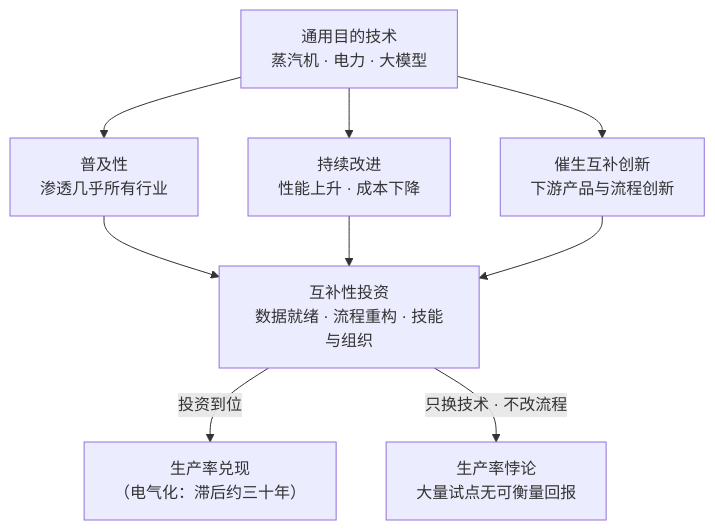
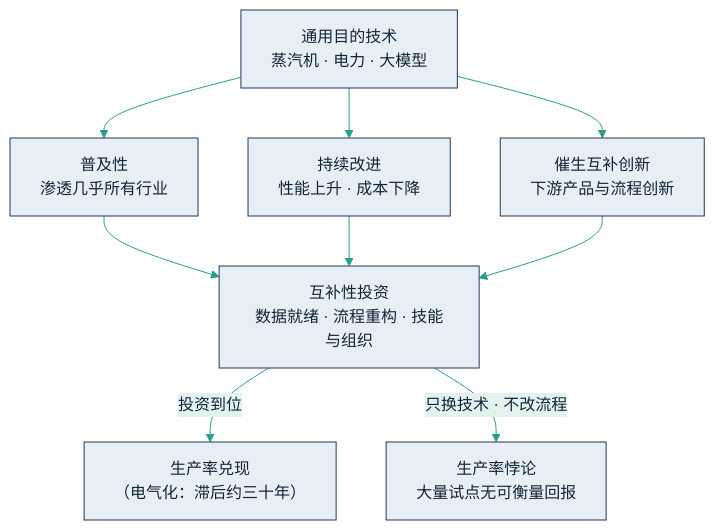
The diagram in 01_essence/1.2_llm_base.md (yeasy/ai_for_business_school), drawn with Mermaid before and after one commit. The commit also changed 56 other files, not shown here.

````diff
--- a/01_essence/1.2_llm_base.md
+++ b/01_essence/1.2_llm_base.md
@@ -22,11 +22,12 @@
 ```mermaid
+%%{init: {"theme":"base","themeVariables":{"primaryColor":"#e8eef5","primaryBorderColor":"#1f3b5c","primaryTextColor":"#12263a","secondaryColor":"#e3f2ef","tertiaryColor":"#f7ecd4","lineColor":"#2a9d8f","fontFamily":"PingFang SC,Hiragino Sans GB,Microsoft YaHei,sans-serif"}}}%%
 flowchart TD
     G["通用目的技术</br>蒸汽机 · 电力 · 大模型"] --> F1["普及性</br>渗透几乎所有行业"]
     G --> F2["持续改进</br>性能上升 · 成本下降"]
     G --> F3["催生互补创新</br>下游产品与流程创新"]
     F1 --> I["互补性投资</br>数据就绪 · 流程重构 · 技能与组织"]
     F2 --> I
     F3 --> I
     I -->|"投资到位"| Y["生产率兑现</br>（电气化：滞后约三十年）"]
     I -->|"只换技术 · 不改流程"| N["生产率悖论</br>大量试点无可衡量回报"]
 ```
````
